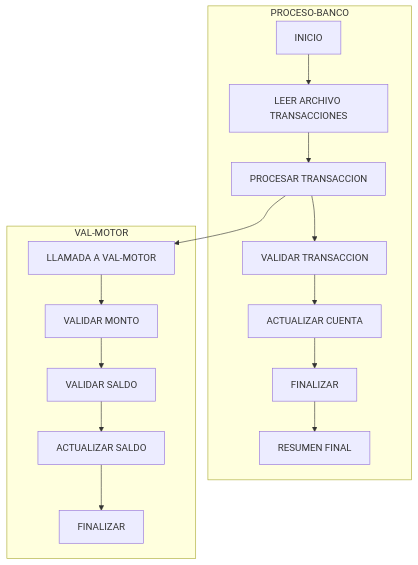
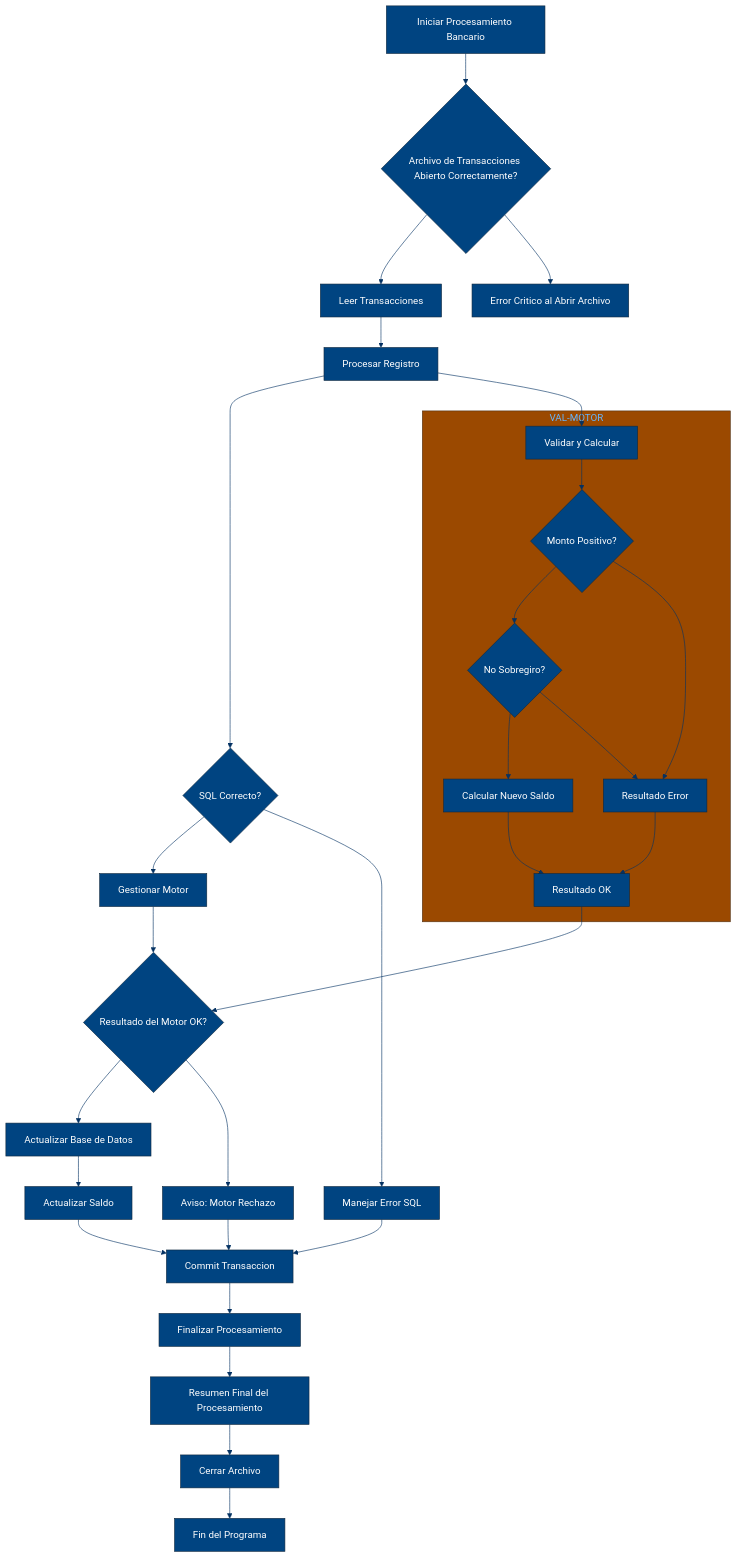
Before and after one commit to hexaforce66/newCodesChall: the diagram in sistema_consolidado/README.md, drawn with Mermaid. The commit also changed other lines of this file and 7 other files, not shown here.

````diff
--- a/sistema_consolidado/README.md
+++ b/sistema_consolidado/README.md
@@ -77,20 +86,34 @@
 ```mermaid
+%%{init: {'theme': 'base', 'themeVariables': { 'primaryColor': '#004481', 'primaryTextColor': '#fff', 'lineColor': '#043263'}}}%%
 graph TD
-subgraph PROCESO-BANCO
-        A[INICIO] --> B[LEER ARCHIVO TRANSACCIONES]
-        B --> C[PROCESAR TRANSACCION]
-        C --> D[VALIDAR TRANSACCION]
-        D --> E[ACTUALIZAR CUENTA]
-        E --> F[FINALIZAR]
-        F --> G[RESUMEN FINAL]
-    end
+A[Iniciar Procesamiento Bancario] --> B{Archivo de Transacciones Abierto Correctamente?}
+    B --> C[Leer Transacciones]
+    B --> D[Error Critico al Abrir Archivo]
+    C --> E[Procesar Registro]
+    E --> F{SQL Correcto?}
+    F --> G[Gestionar Motor]
+    F --> H[Manejar Error SQL]
+    G --> I{Resultado del Motor OK?}
+    I --> J[Actualizar Base de Datos]
+    I --> K[Aviso: Motor Rechazo]
+    J --> L[Actualizar Saldo]
+    L --> M[Commit Transaccion]
+    K --> M
+    H --> M
+    M --> N[Finalizar Procesamiento]
+    N --> O[Resumen Final del Procesamiento]
+    O --> P[Cerrar Archivo]
+    P --> Q[Fin del Programa]
 
     subgraph VAL-MOTOR
-        H[VALIDAR Y CALCULAR] --> I[VALIDAR MONTO]
-        I --> J[VALIDAR SALDO]
-        J --> K[ACTUALIZAR SALDO]
-        K --> L[FINALIZAR]
+        A1[Validar y Calcular] --> B1{Monto Positivo?}
+        B1 --> C1{No Sobregiro?}
+        B1 --> D1[Resultado Error]
+        C1 --> E1[Calcular Nuevo Saldo]
+        C1 --> D1
+        E1 --> F1[Resultado OK]
+        D1 --> F1
     end
-
-    C --> H[LLAMADA A VAL-MOTOR]
+    E --> A1
+    F1 --> I
 ```
````
